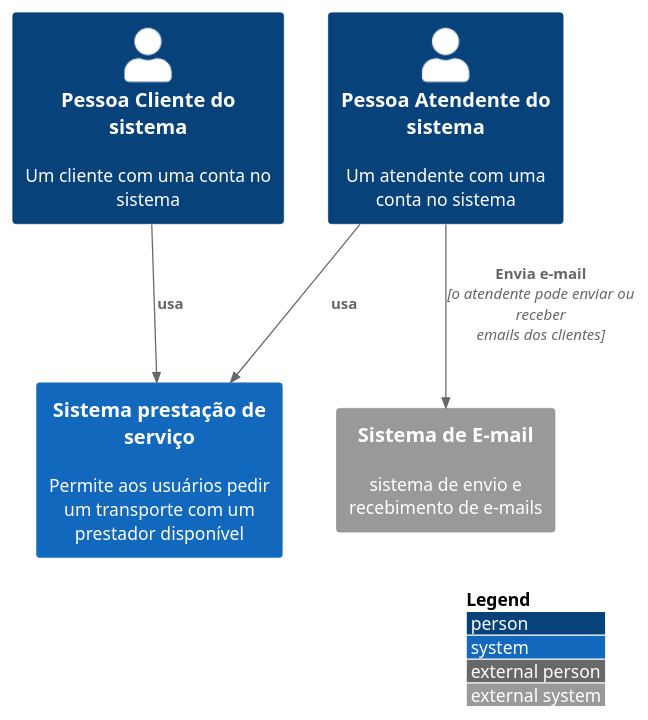
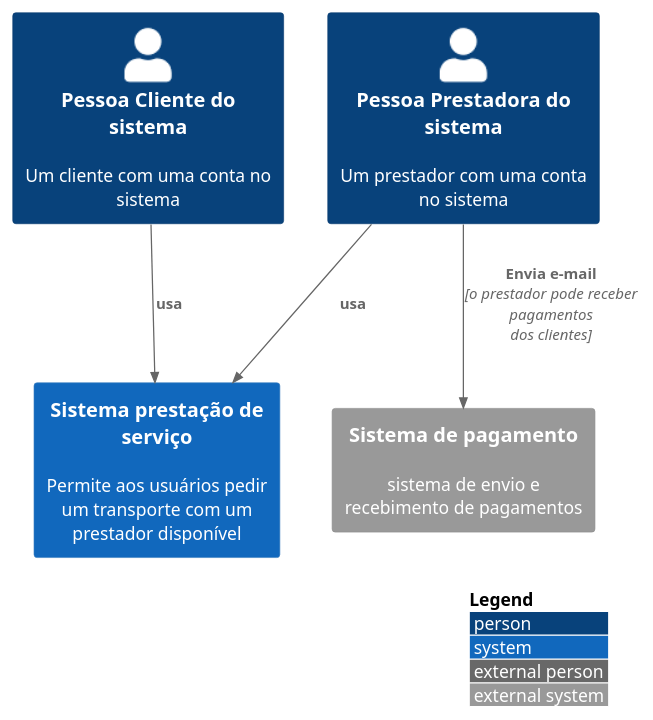
The diagram in projeto-c4builder/Projeto-SPS/src/context.puml (Emanuelle-Machado/DisciplinasTSI), drawn with PlantUML before and after one commit.

```diff
--- a/projeto-c4builder/Projeto-SPS/src/context.puml
+++ b/projeto-c4builder/Projeto-SPS/src/context.puml
@@ -1,18 +1,18 @@
 @startuml
 
 !include https://raw.githubusercontent.com/adrianvlupu/C4-PlantUML/latest/C4_Context.puml
 
 LAYOUT_WITH_LEGEND()
 
 Person(pcs, "Pessoa Cliente do sistema", "Um cliente com uma conta no sistema")
-Person(pas, "Pessoa Atendente do sistema", "Um atendente com uma conta no sistema")
+Person(pps, "Pessoa Prestadora do sistema", "Um prestador com uma conta no sistema")
 
 System(sps, "Sistema prestação de serviço", "Permite aos usuários pedir um transporte com um prestador disponível")
 
-System_Ext(email, "Sistema de E-mail", "sistema de envio e recebimento de e-mails")
+System_Ext(pagamentos, "Sistema de pagamento", "sistema de envio e recebimento de pagamentos")
 
 Rel(pcs, sps, "usa")
-Rel(pas, sps, "usa")
-Rel(pas, email, "Envia e-mail", "o atendente pode enviar ou receber emails dos clientes")
+Rel(pps, sps, "usa")
+Rel(pps, pagamentos, "Envia e-mail", "o prestador pode receber pagamentos dos clientes")
 
 @enduml
```
